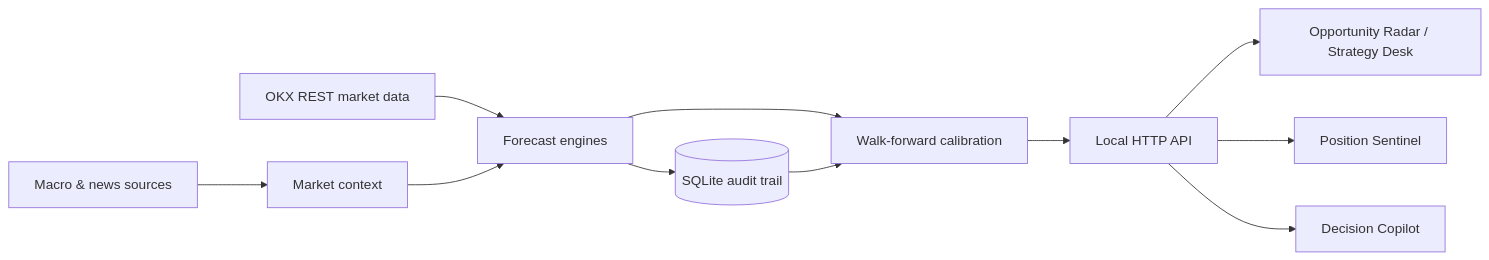
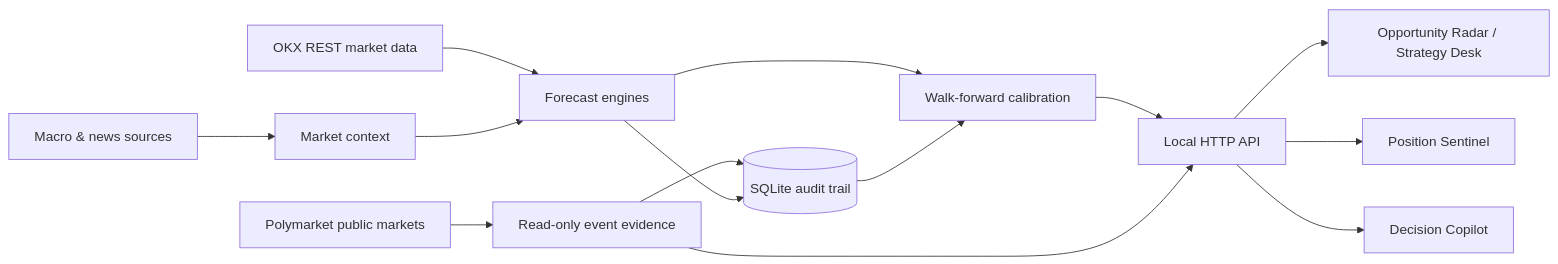
One commit to xietingwei/okx-semi-auto-quant changed the diagram in README.md. Above: the diagram before and after it, drawn with Mermaid. The commit also changed other lines of this file and 18 other files, not shown here.

Commit message:
Add Polymarket short-term event intelligence

````diff
--- a/README.md
+++ b/README.md
@@ -133,13 +141,16 @@
 ```mermaid
 flowchart LR
     OKX["OKX REST market data"] --> Engine["Forecast engines"]
     Macro["Macro & news sources"] --> Factors["Market context"]
     Factors --> Engine
     Engine --> Cal["Walk-forward calibration"]
     Cal --> API["Local HTTP API"]
+    PM["Polymarket public markets"] --> Evidence["Read-only event evidence"]
+    Evidence --> API
+    Evidence --> DB
     API --> UI["Opportunity Radar / Strategy Desk"]
     API --> Sentinel["Position Sentinel"]
     API --> Copilot["Decision Copilot"]
     Engine --> DB[("SQLite audit trail")]
     DB --> Cal
 ```
````
